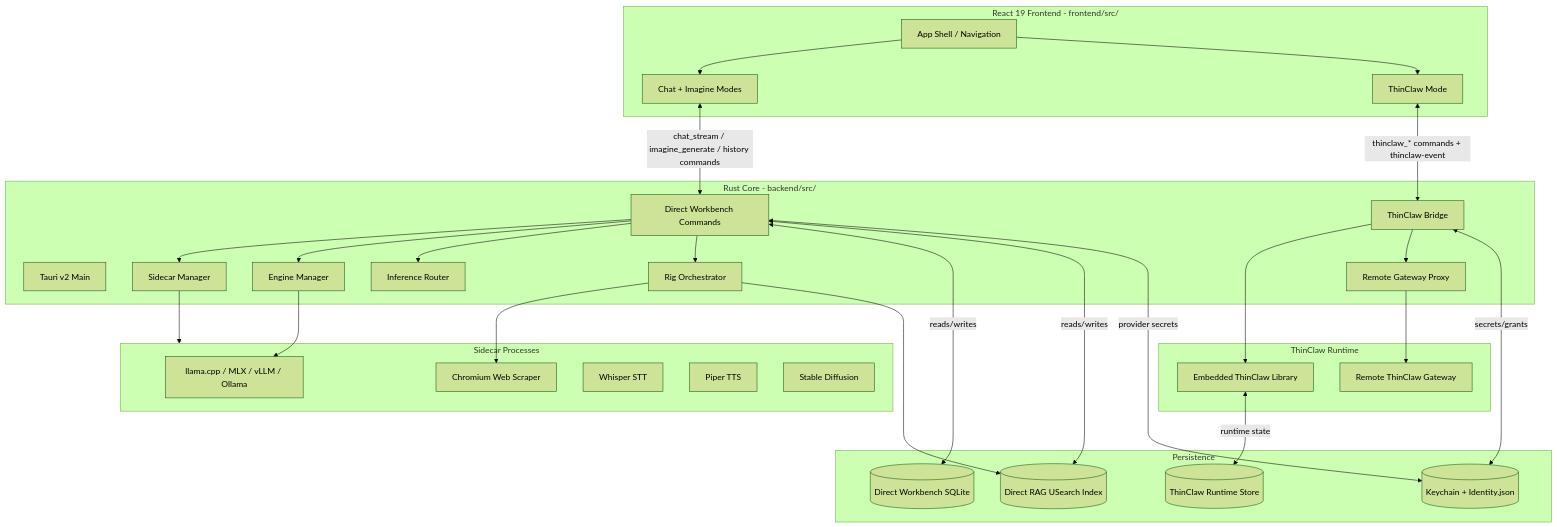
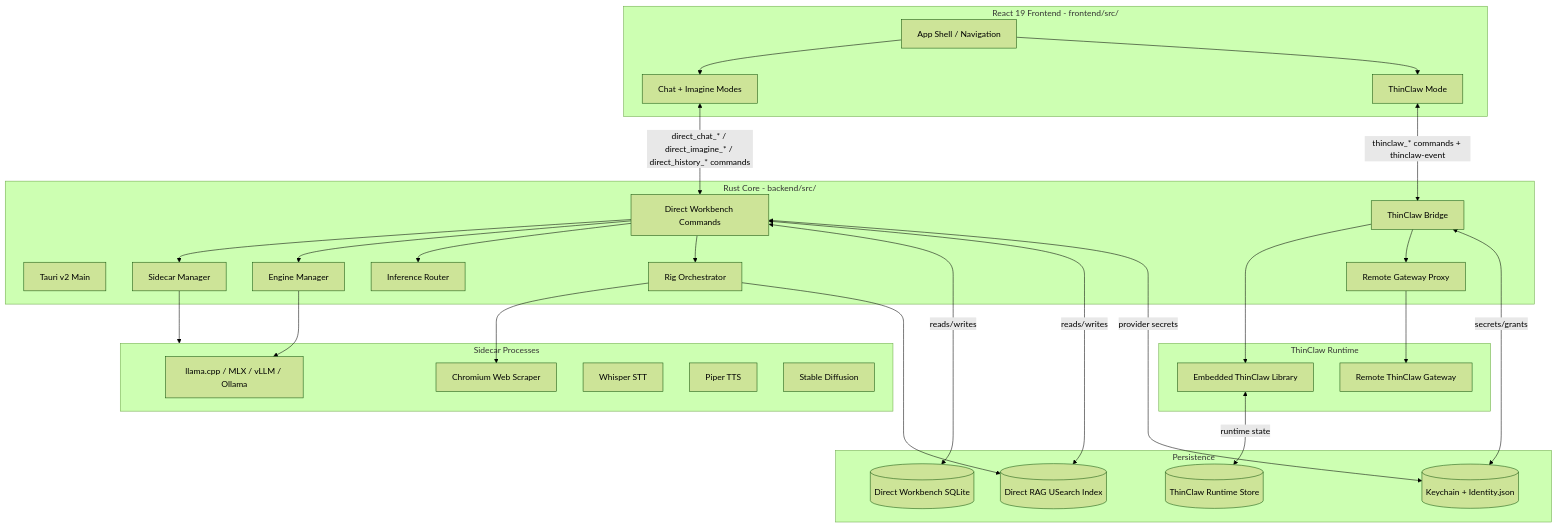
One commit to RNT56/ThinClaw changed the diagram in apps/desktop/README.md. Above: the diagram before and after it, drawn with Mermaid (forest theme). The commit also changed 54 other files, not shown here.

````diff
--- a/apps/desktop/README.md
+++ b/apps/desktop/README.md
@@ -96,60 +96,60 @@
 ```mermaid
 graph TD
     subgraph Frontend [React 19 Frontend - frontend/src/]
         Shell[App Shell / Navigation]
         DirectUI[Chat + Imagine Modes]
         AgentUI[ThinClaw Mode]
     end
 
     subgraph Backend [Rust Core - backend/src/]
         Tauri[Tauri v2 Main]
         DirectBackend[Direct Workbench Commands]
         SidecarManager[Sidecar Manager]
         EngineManager[Engine Manager]
         InferenceRouter[Inference Router]
         RigAgent[Rig Orchestrator]
         ThinClawBridge[ThinClaw Bridge]
         RemoteProxy[Remote Gateway Proxy]
     end
 
     subgraph Sidecars [Sidecar Processes]
         Llama[llama.cpp / MLX / vLLM / Ollama]
         Chromium[Chromium Web Scraper]
         Whisper[Whisper STT]
         TTS[Piper TTS]
         SD[Stable Diffusion]
     end
 
     subgraph AgentRuntime [ThinClaw Runtime]
         Embedded[Embedded ThinClaw Library]
         RemoteGateway[Remote ThinClaw Gateway]
     end
 
     subgraph Storage [Persistence]
         DirectSQLite[(Direct Workbench SQLite)]
         Vectors[(Direct RAG USearch Index)]
         ThinClawStore[(ThinClaw Runtime Store)]
         Identity[(Keychain + Identity.json)]
     end
 
     Shell --> DirectUI
     Shell --> AgentUI
-    DirectUI <-->|chat_stream / imagine_generate / history commands| DirectBackend
+    DirectUI <-->|direct_chat_* / direct_imagine_* / direct_history_* commands| DirectBackend
     AgentUI <-->|thinclaw_* commands + thinclaw-event| ThinClawBridge
     DirectBackend --> SidecarManager
     DirectBackend --> EngineManager
     DirectBackend --> InferenceRouter
     DirectBackend --> RigAgent
     SidecarManager --> Sidecars
     EngineManager --> Llama
     RigAgent --> Chromium
     RigAgent --> Vectors
     DirectBackend <-->|reads/writes| DirectSQLite
     DirectBackend <-->|reads/writes| Vectors
     ThinClawBridge --> Embedded
     ThinClawBridge --> RemoteProxy
     RemoteProxy --> RemoteGateway
     Embedded <-->|runtime state| ThinClawStore
     ThinClawBridge <-->|secrets/grants| Identity
     DirectBackend <-->|provider secrets| Identity
 ```
````
